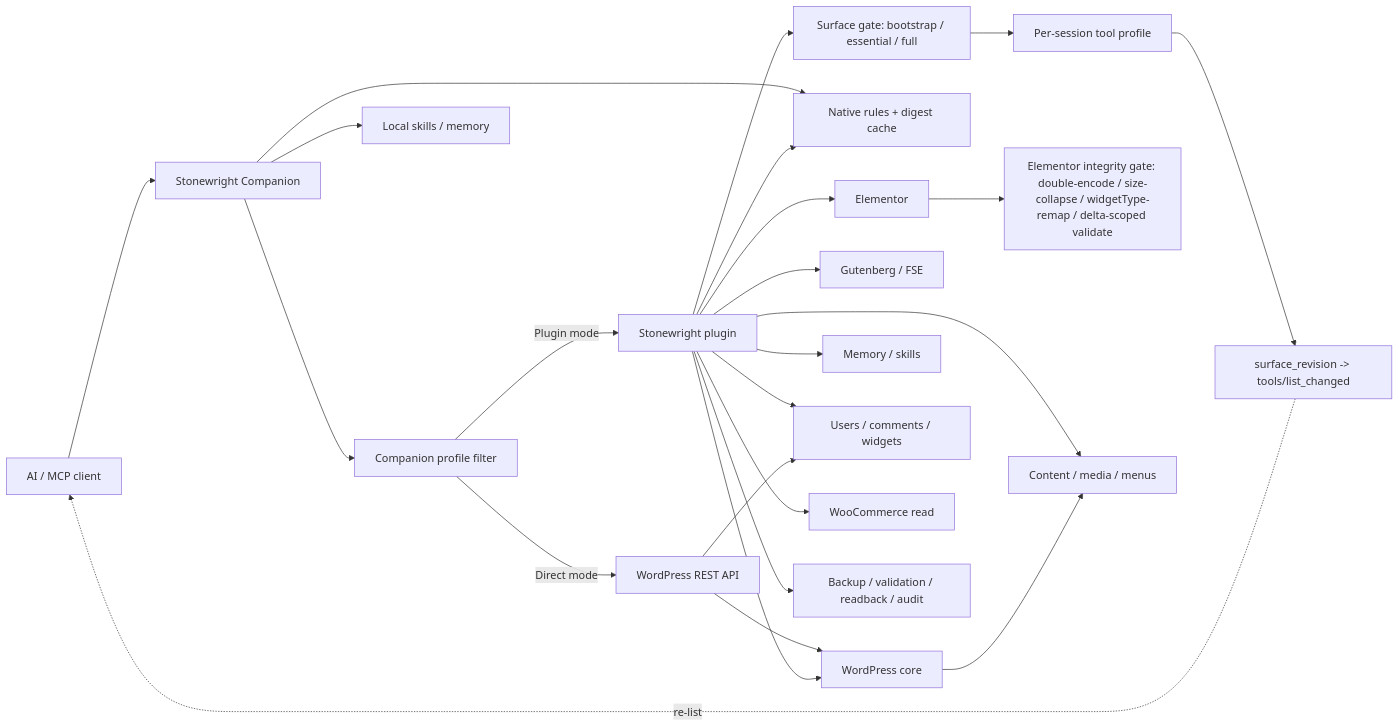
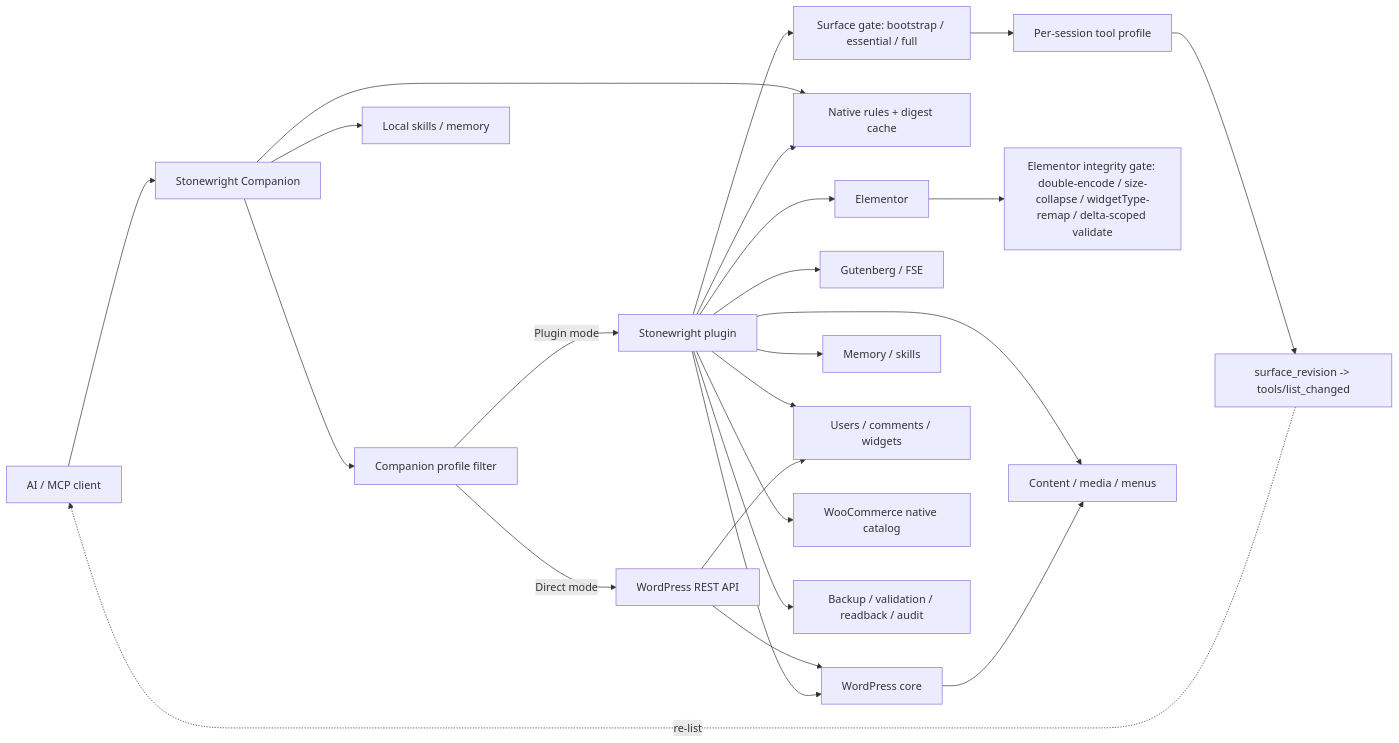
The diagram in README.md (cosmincraciun97/stonewright-wp-mcp), drawn with Mermaid before and after one commit. The commit also changed other lines of this file and 115 other files, not shown here.

Commit message:
feat: harden public beta and WooCommerce support

````diff
--- a/README.md
+++ b/README.md
@@ -287,45 +293,45 @@
 ```mermaid
 flowchart LR
   Client[AI / MCP client]
   Companion[Stonewright Companion]
   CompFilter[Companion profile filter]
   Plugin[Stonewright plugin]
   Surface[Surface gate: bootstrap / essential / full]
   Session[Per-session tool profile]
   Rev[surface_revision -> tools/list_changed]
   REST[WordPress REST API]
   Rules[Native rules + digest cache]
   WP[WordPress core]
   Guten[Gutenberg / FSE]
   Elem[Elementor]
   Integrity[Elementor integrity gate: double-encode / size-collapse / widgetType-remap / delta-scoped validate]
   Content[Content / media / menus]
   Mem[Memory / skills]
   Users[Users / comments / widgets]
-  WC[WooCommerce read]
+  WC[WooCommerce native catalog]
   Gates[Backup / validation / readback / audit]
 
   Client --> Companion
   Companion --> CompFilter
   Companion --> Rules
   CompFilter -->|Plugin mode| Plugin
   CompFilter -->|Direct mode| REST
   Companion --> Skills[Local skills / memory]
   Plugin --> Surface
   Surface --> Session
   Session --> Rev
   Rev -. re-list .-> Client
   Plugin --> Gates
   Plugin --> Rules
   Plugin --> Guten
   Plugin --> Elem
   Elem --> Integrity
   Plugin --> Content
   Plugin --> Mem
   Plugin --> Users
   Plugin --> WC
   REST --> Users
   REST --> WP
   WP --> Content
   Plugin --> WP
 ```
````
